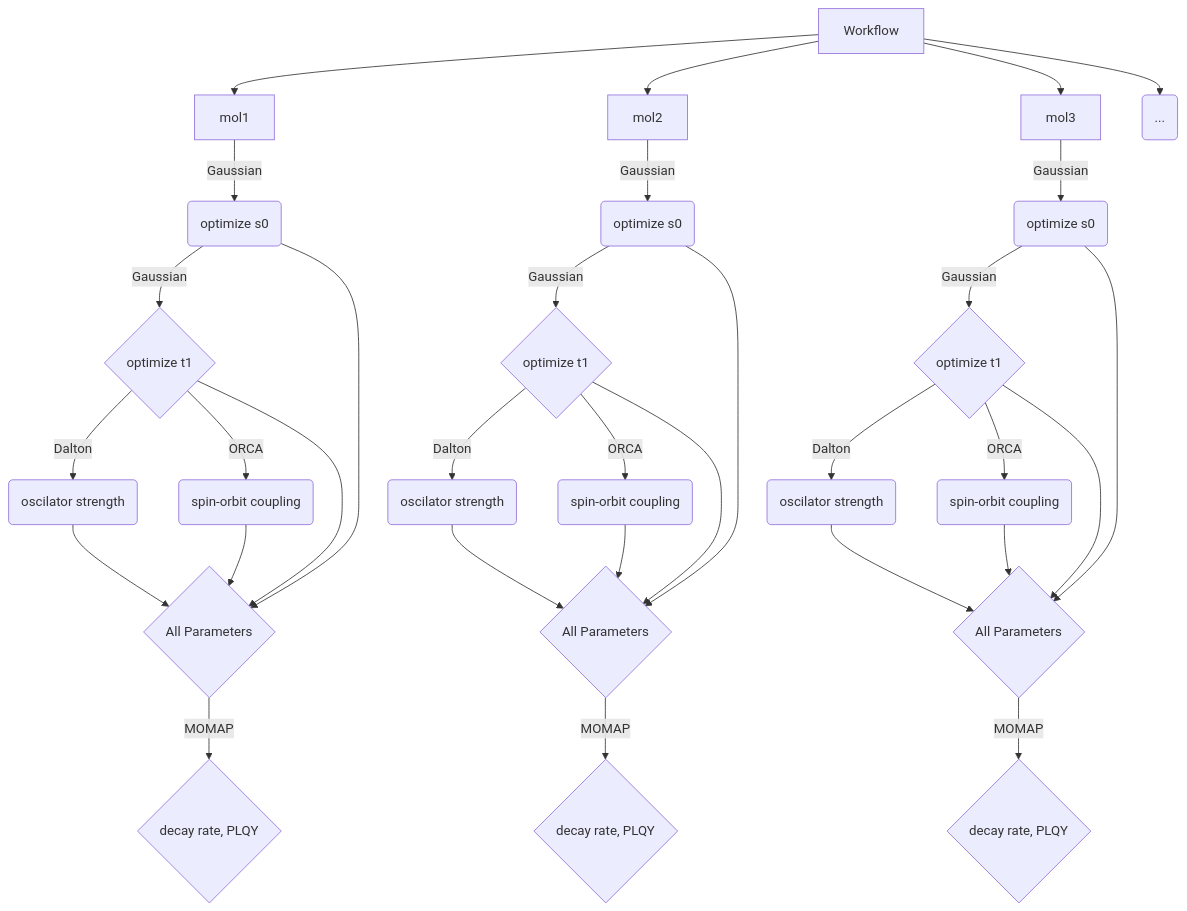
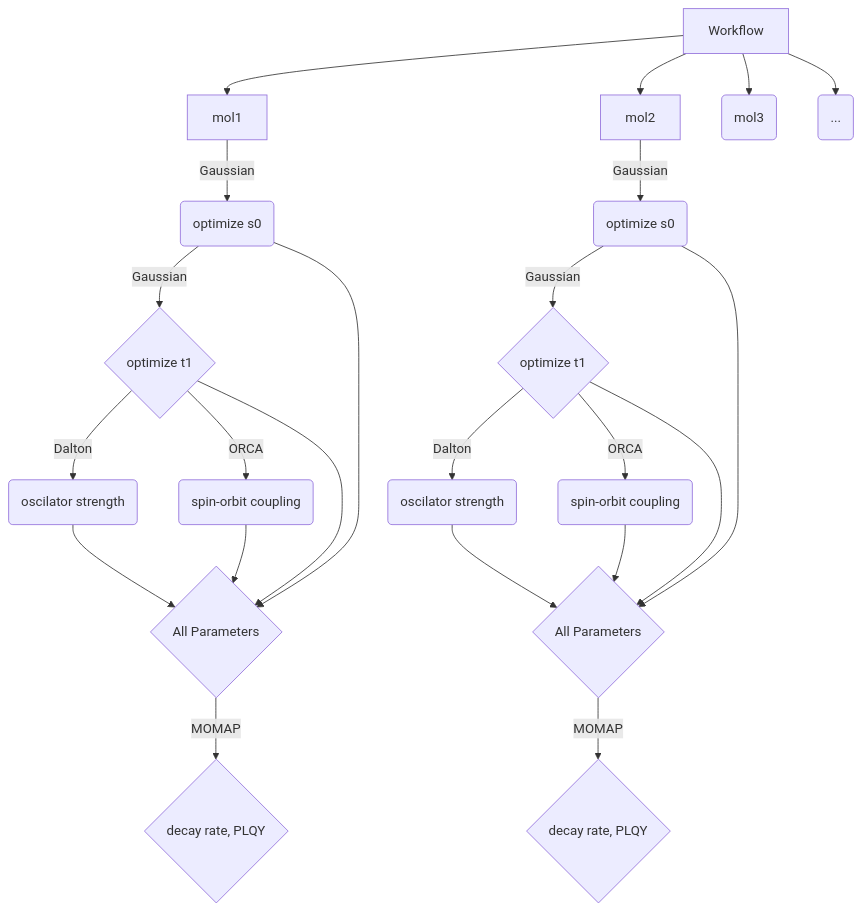
The diagram in ReadMe.md (jiangtong1000/PhorsOLED_flow), drawn with Mermaid before and after one commit.

````diff
--- a/ReadMe.md
+++ b/ReadMe.md
@@ -29,34 +29,25 @@
   ```mermaid
     graph
    T[Workflow] --> E
    T-->E2
   E[mol1] -->|Gaussian|F(optimize s0)
   F -->|Gaussian|A{optimize t1}
   A -->|Dalton|B(oscilator strength)
   A -->|ORCA|C(spin-orbit coupling)
   B -->D{Outputs}
   C --> D
   A --> D
   F --> D{All Parameters}
   D -->|MOMAP| G{decay rate, PLQY}
   E2[mol2] -->|Gaussian|F2(optimize s0)
   F2 -->|Gaussian|A2{optimize t1}
   A2 -->|Dalton|B2(oscilator strength)
   A2 -->|ORCA|C2(spin-orbit coupling)
   B2 -->D2{Outputs}
   C2 --> D2
   A2 --> D2
   F2 --> D2{All Parameters}
   D2 -->|MOMAP| G2{decay rate, PLQY}
-   T[Workflow] --> E3(mol3)
-   E3[mol3] -->|Gaussian|F3(optimize s0)
-  F3 -->|Gaussian|A3{optimize t1}
-  A3 -->|Dalton|B3(oscilator strength)
-  A3 -->|ORCA|C3(spin-orbit coupling)
-  B3 -->D3{Outputs}
-  C3 --> D3
-  A3 --> D3
-  F3 --> D3{All Parameters}
-  D3 -->|MOMAP| G3{decay rate, PLQY}
-     T[Workflow] --> E4(...)
+  T[Workflow] --> E3(mol3)
+  T[Workflow] --> E4(...)
   ```
````
